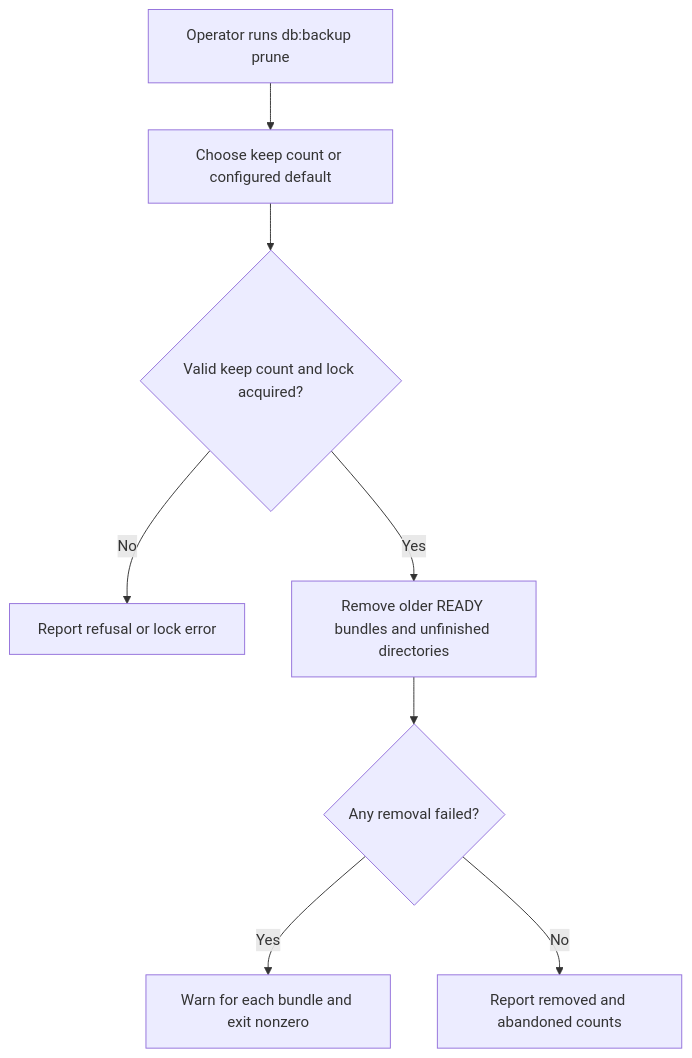
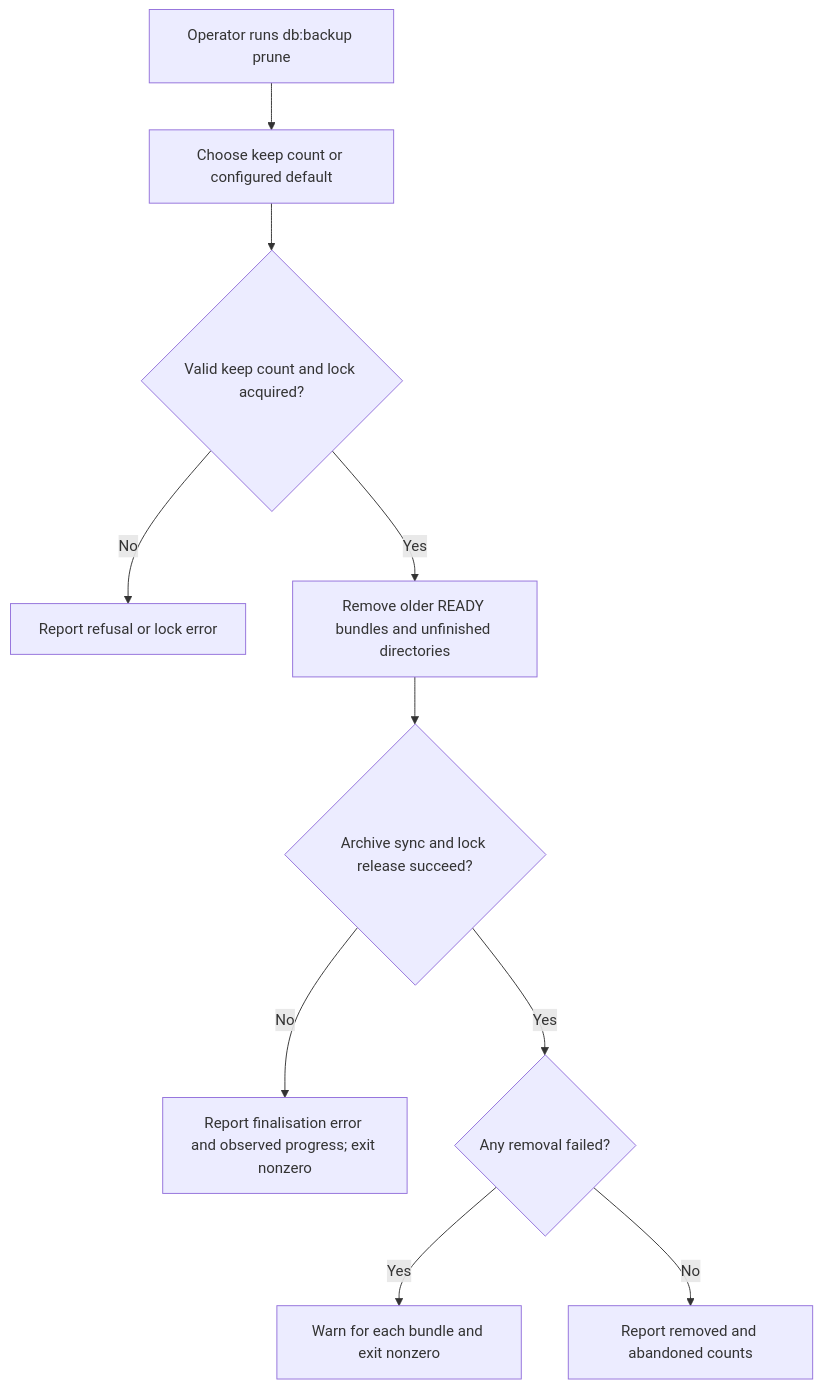
One commit to Kevinjohn/oss-adonisjs-sqlite-backup changed the first of 2 diagrams in user-stories/prune-bundles/us-op-05-prune-bundles.md. Above: the diagram before and after it, drawn with Mermaid. The commit also changed other lines of this file and 12 other files, not shown here.

````diff
--- a/user-stories/prune-bundles/us-op-05-prune-bundles.md
+++ b/user-stories/prune-bundles/us-op-05-prune-bundles.md
@@ -26,10 +29,12 @@
 ```mermaid
 flowchart TD
     A["Operator runs db:backup prune"] --> B["Choose keep count or configured default"]
     B --> C{"Valid keep count and lock acquired?"}
     C -->|No| D["Report refusal or lock error"]
     C -->|Yes| E["Remove older READY bundles and unfinished directories"]
-    E --> F{"Any removal failed?"}
+    E --> S{"Archive sync and lock release succeed?"}
+    S -->|No| X["Report finalisation error and observed progress; exit nonzero"]
+    S -->|Yes| F{"Any removal failed?"}
     F -->|Yes| G["Warn for each bundle and exit nonzero"]
     F -->|No| H["Report removed and abandoned counts"]
 ```
````
